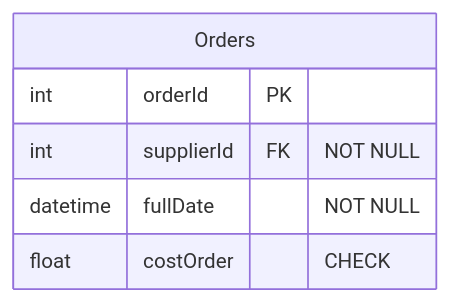
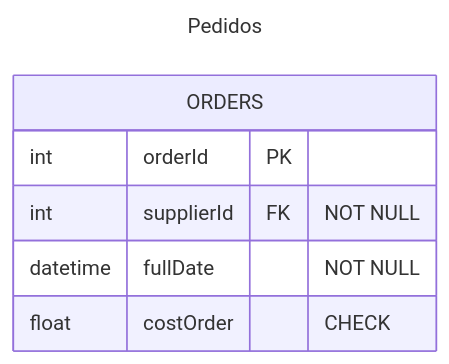
One commit to rosendocamal/homeworks changed diagram 22 of 30 in 4to-Cuatrimestre/fundamentos-base-datos/proyecto/proyecto.md. Above: the diagram before and after it, drawn with Mermaid. The commit also changed other lines of this file and 1 other file, not shown here.

````diff
--- a/4to-Cuatrimestre/fundamentos-base-datos/proyecto/proyecto.md
+++ b/4to-Cuatrimestre/fundamentos-base-datos/proyecto/proyecto.md
@@ -438,9 +447,12 @@
 ```mermaid
+---
+title: Pedidos
+---
 erDiagram
-	Orders {
+	ORDERS {
 		int orderId PK
 		int supplierId FK "NOT NULL"
 		datetime fullDate "NOT NULL"
 		float costOrder "CHECK"
 	}
 ```
````
